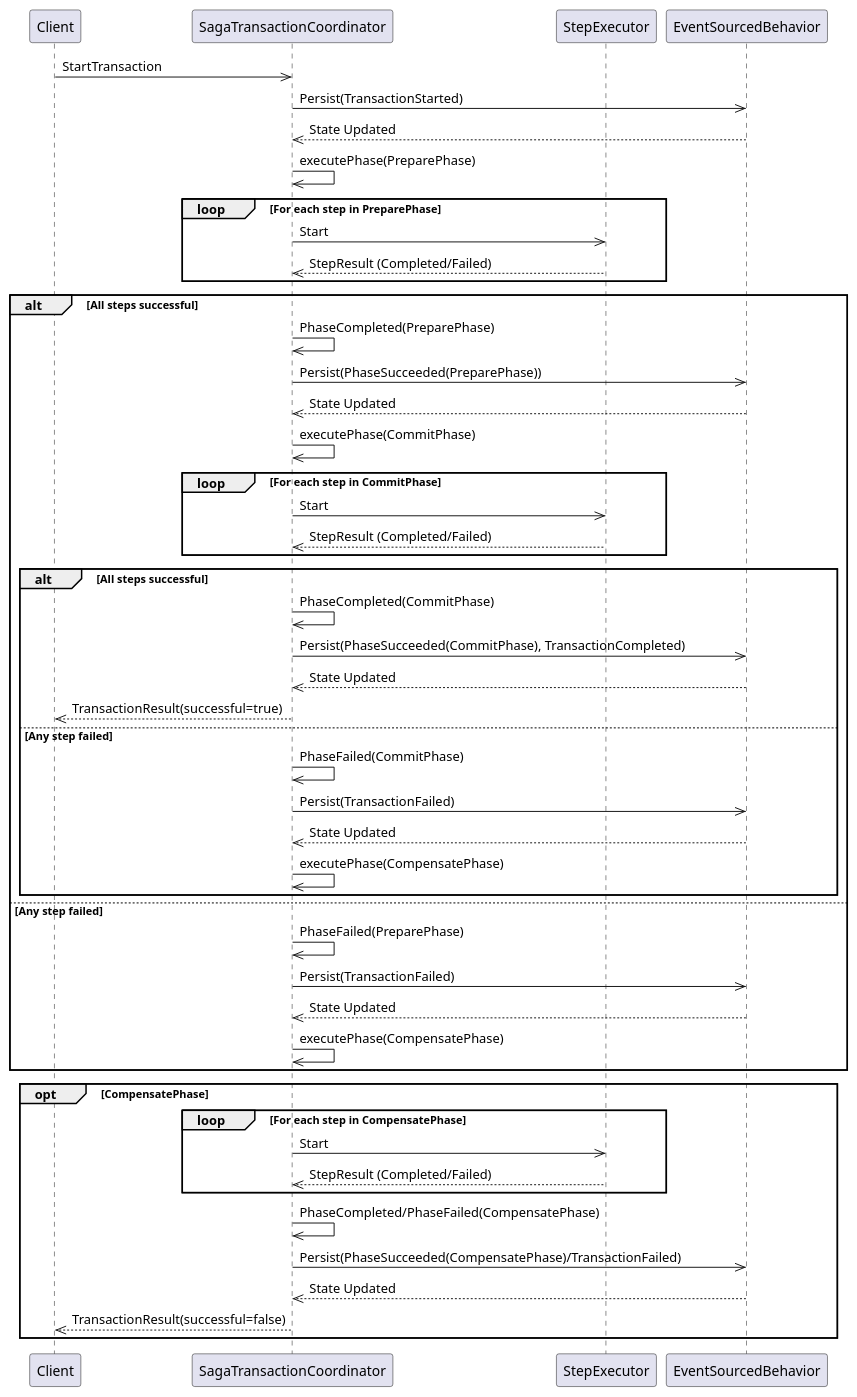
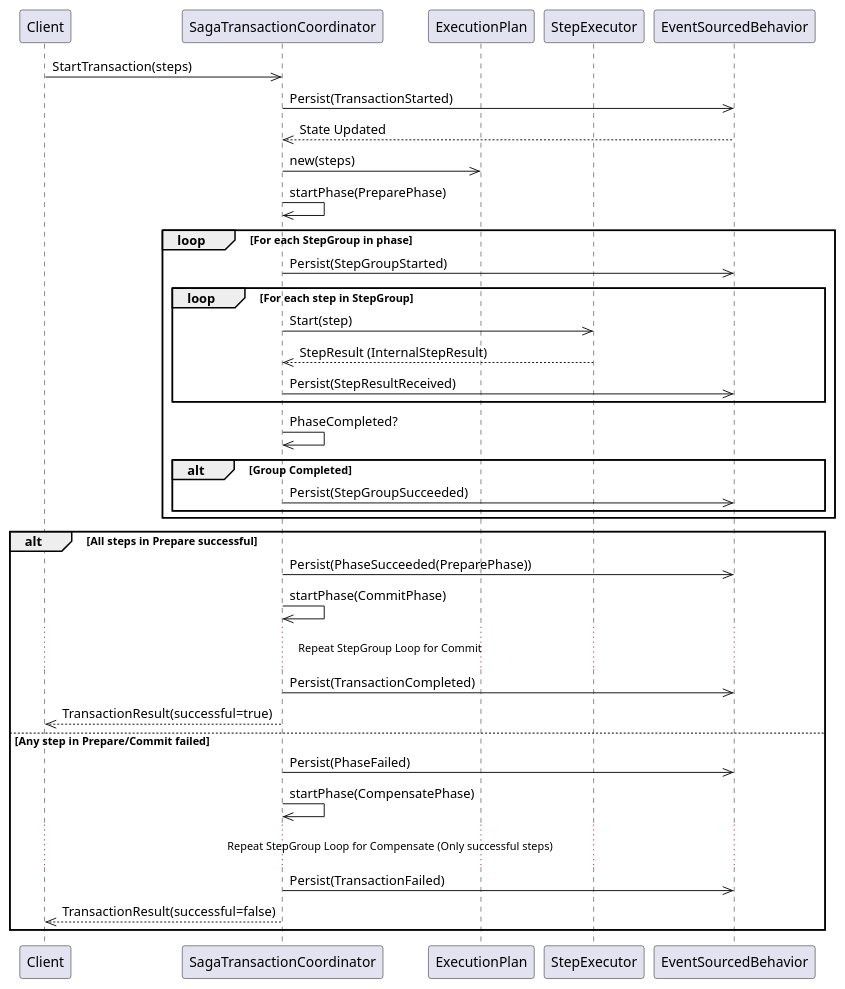
Before and after one commit to MadPolaris/playAkkaCQRS: the first of 2 diagrams in docs/SagaTransactionCoordinatorSequence.puml, drawn with PlantUML. The commit also changed 13 other files, not shown here.

```diff
--- a/docs/SagaTransactionCoordinatorSequence.puml
+++ b/docs/SagaTransactionCoordinatorSequence.puml
@@ -1,57 +1,41 @@
 @startuml
     participant Client
-    participant SagaTransactionCoordinator
+    participant SagaTransactionCoordinator as STC
+    participant ExecutionPlan
     participant StepExecutor
-    participant EventSourcedBehavior
+    participant EventSourcedBehavior as ESB
 
-    Client->>SagaTransactionCoordinator: StartTransaction
-    SagaTransactionCoordinator->>EventSourcedBehavior: Persist(TransactionStarted)
-    EventSourcedBehavior-->>SagaTransactionCoordinator: State Updated
-    SagaTransactionCoordinator->>SagaTransactionCoordinator: executePhase(PreparePhase)
+    Client->>STC: StartTransaction(steps)
+    STC->>ESB: Persist(TransactionStarted)
+    ESB-->>STC: State Updated
+    
+    STC->>ExecutionPlan: new(steps)
+    STC->>STC: startPhase(PreparePhase)
 
-    loop For each step in PreparePhase
-        SagaTransactionCoordinator->>StepExecutor: Start
-        StepExecutor-->>SagaTransactionCoordinator: StepResult (Completed/Failed)
+    loop For each StepGroup in phase
+        STC->>ESB: Persist(StepGroupStarted)
+        loop For each step in StepGroup
+            STC->>StepExecutor: Start(step)
+            StepExecutor-->>STC: StepResult (InternalStepResult)
+            STC->>ESB: Persist(StepResultReceived)
+        end
+        STC->>STC: PhaseCompleted?
+        alt Group Completed
+            STC->>ESB: Persist(StepGroupSucceeded)
+        end
     end
 
-    alt All steps successful
-        SagaTransactionCoordinator->>SagaTransactionCoordinator: PhaseCompleted(PreparePhase)
-        SagaTransactionCoordinator->>EventSourcedBehavior: Persist(PhaseSucceeded(PreparePhase))
-        EventSourcedBehavior-->>SagaTransactionCoordinator: State Updated
-        SagaTransactionCoordinator->>SagaTransactionCoordinator: executePhase(CommitPhase)
-
-        loop For each step in CommitPhase
-            SagaTransactionCoordinator->>StepExecutor: Start
-            StepExecutor-->>SagaTransactionCoordinator: StepResult (Completed/Failed)
-        end
-
-        alt All steps successful
-            SagaTransactionCoordinator->>SagaTransactionCoordinator: PhaseCompleted(CommitPhase)
-            SagaTransactionCoordinator->>EventSourcedBehavior: Persist(PhaseSucceeded(CommitPhase), TransactionCompleted)
-            EventSourcedBehavior-->>SagaTransactionCoordinator: State Updated
-            SagaTransactionCoordinator-->>Client: TransactionResult(successful=true)
-        else Any step failed
-            SagaTransactionCoordinator->>SagaTransactionCoordinator: PhaseFailed(CommitPhase)
-            SagaTransactionCoordinator->>EventSourcedBehavior: Persist(TransactionFailed)
-            EventSourcedBehavior-->>SagaTransactionCoordinator: State Updated
-            SagaTransactionCoordinator->>SagaTransactionCoordinator: executePhase(CompensatePhase)
-        end
-    else Any step failed
-        SagaTransactionCoordinator->>SagaTransactionCoordinator: PhaseFailed(PreparePhase)
-        SagaTransactionCoordinator->>EventSourcedBehavior: Persist(TransactionFailed)
-        EventSourcedBehavior-->>SagaTransactionCoordinator: State Updated
-        SagaTransactionCoordinator->>SagaTransactionCoordinator: executePhase(CompensatePhase)
-    end
-
-    opt CompensatePhase
-        loop For each step in CompensatePhase
-            SagaTransactionCoordinator->>StepExecutor: Start
-            StepExecutor-->>SagaTransactionCoordinator: StepResult (Completed/Failed)
-        end
-
-        SagaTransactionCoordinator->>SagaTransactionCoordinator: PhaseCompleted/PhaseFailed(CompensatePhase)
-        SagaTransactionCoordinator->>EventSourcedBehavior: Persist(PhaseSucceeded(CompensatePhase)/TransactionFailed)
-        EventSourcedBehavior-->>SagaTransactionCoordinator: State Updated
-        SagaTransactionCoordinator-->>Client: TransactionResult(successful=false)
+    alt All steps in Prepare successful
+        STC->>ESB: Persist(PhaseSucceeded(PreparePhase))
+        STC->>STC: startPhase(CommitPhase)
+        ... Repeat StepGroup Loop for Commit ...
+        STC->>ESB: Persist(TransactionCompleted)
+        STC-->>Client: TransactionResult(successful=true)
+    else Any step in Prepare/Commit failed
+        STC->>ESB: Persist(PhaseFailed)
+        STC->>STC: startPhase(CompensatePhase)
+        ... Repeat StepGroup Loop for Compensate (Only successful steps) ...
+        STC->>ESB: Persist(TransactionFailed)
+        STC-->>Client: TransactionResult(successful=false)
     end
 @enduml
```
